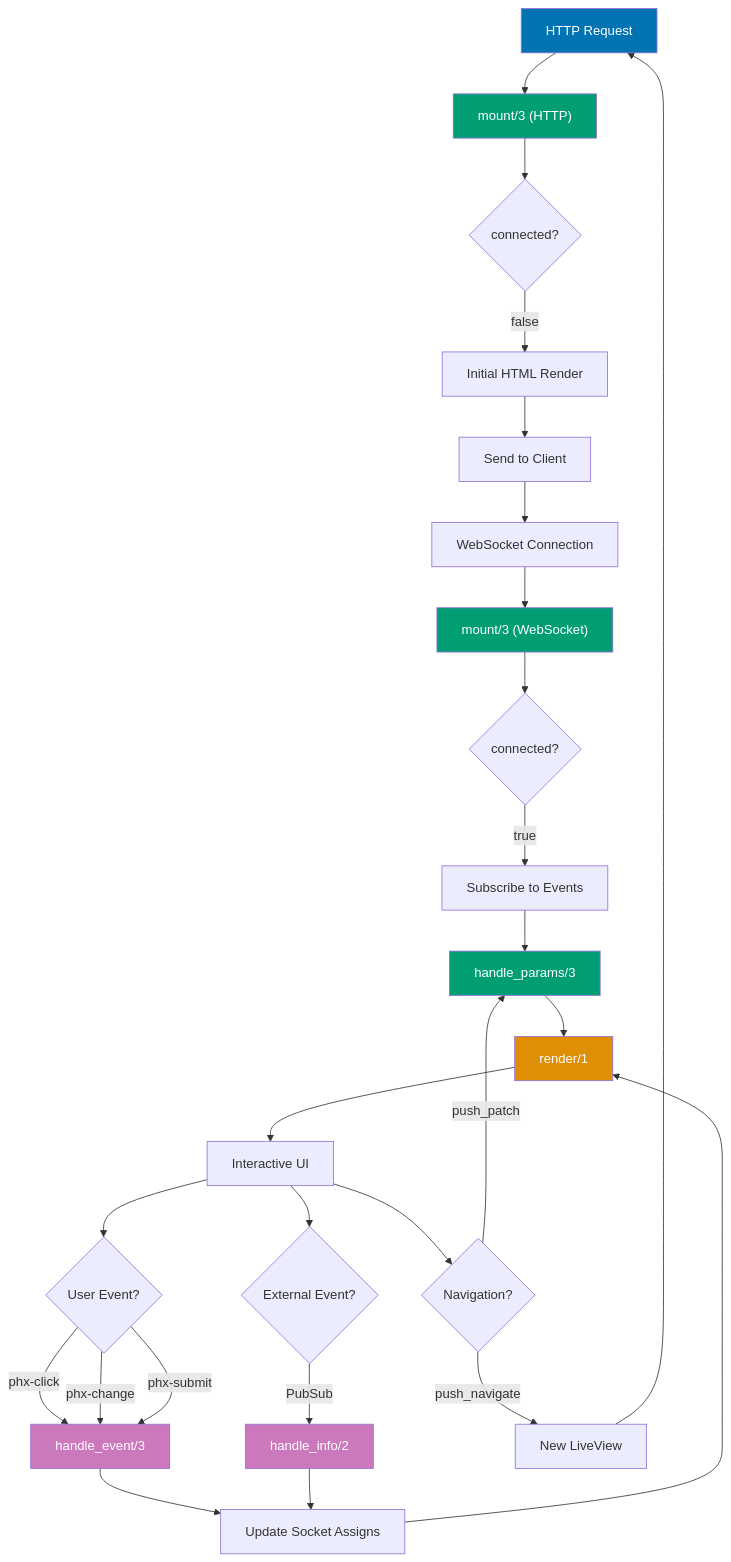
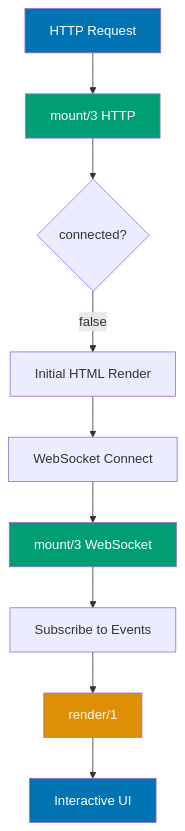
One commit to wahidyankf/ose-primer changed the first of 2 diagrams in docs/explanation/software-engineering/platform-web/tools/elixir-phoenix/liveview.md. Above: the diagram before and after it, drawn with Mermaid. The commit also changed other lines of this file and 9 other files, not shown here.

Commit message:
fix(docs): fix mermaid violations in elixir-phoenix/ docs (batch 5/10)

````diff
--- a/docs/explanation/software-engineering/platform-web/tools/elixir-phoenix/liveview.md
+++ b/docs/explanation/software-engineering/platform-web/tools/elixir-phoenix/liveview.md
@@ -155,42 +155,20 @@
 ```mermaid
 %% Color Palette: Blue #0173B2, Orange #DE8F05, Teal #029E73, Purple #CC78BC
 %% All colors are color-blind friendly and meet WCAG AA contrast standards
 
 graph TD
-    A[HTTP Request] --> B[mount/3 #40;HTTP#41;]
+    A[HTTP Request] --> B[mount/3 HTTP]
     B --> C{connected?}
     C -->|false| D[Initial HTML Render]
-    D --> E[Send to Client]
-    E --> F[WebSocket Connection]
-    F --> G[mount/3 #40;WebSocket#41;]
-    G --> H{connected?}
-    H -->|true| I[Subscribe to Events]
-    I --> J[handle_params/3]
-    J --> K[render/1]
-    K --> L[Interactive UI]
-
-    L --> M{User Event?}
-    M -->|phx-click| N[handle_event/3]
-    M -->|phx-change| N
-    M -->|phx-submit| N
-    N --> O[Update Socket Assigns]
-    O --> K
-
-    L --> P{External Event?}
-    P -->|PubSub| Q[handle_info/2]
-    Q --> O
-
-    L --> R{Navigation?}
-    R -->|push_navigate| S[New LiveView]
-    R -->|push_patch| J
-
-    S --> A
+    D --> E[WebSocket Connect]
+    E --> F[mount/3 WebSocket]
+    F --> G[Subscribe to Events]
+    G --> H[render/1]
+    H --> I[Interactive UI]
 
     style A fill:#0173B2,color:#fff
     style B fill:#029E73,color:#fff
-    style G fill:#029E73,color:#fff
-    style J fill:#029E73,color:#fff
-    style K fill:#DE8F05,color:#fff
-    style N fill:#CC78BC,color:#fff
-    style Q fill:#CC78BC,color:#fff
+    style F fill:#029E73,color:#fff
+    style H fill:#DE8F05,color:#fff
+    style I fill:#0173B2,color:#fff
 ```
````
